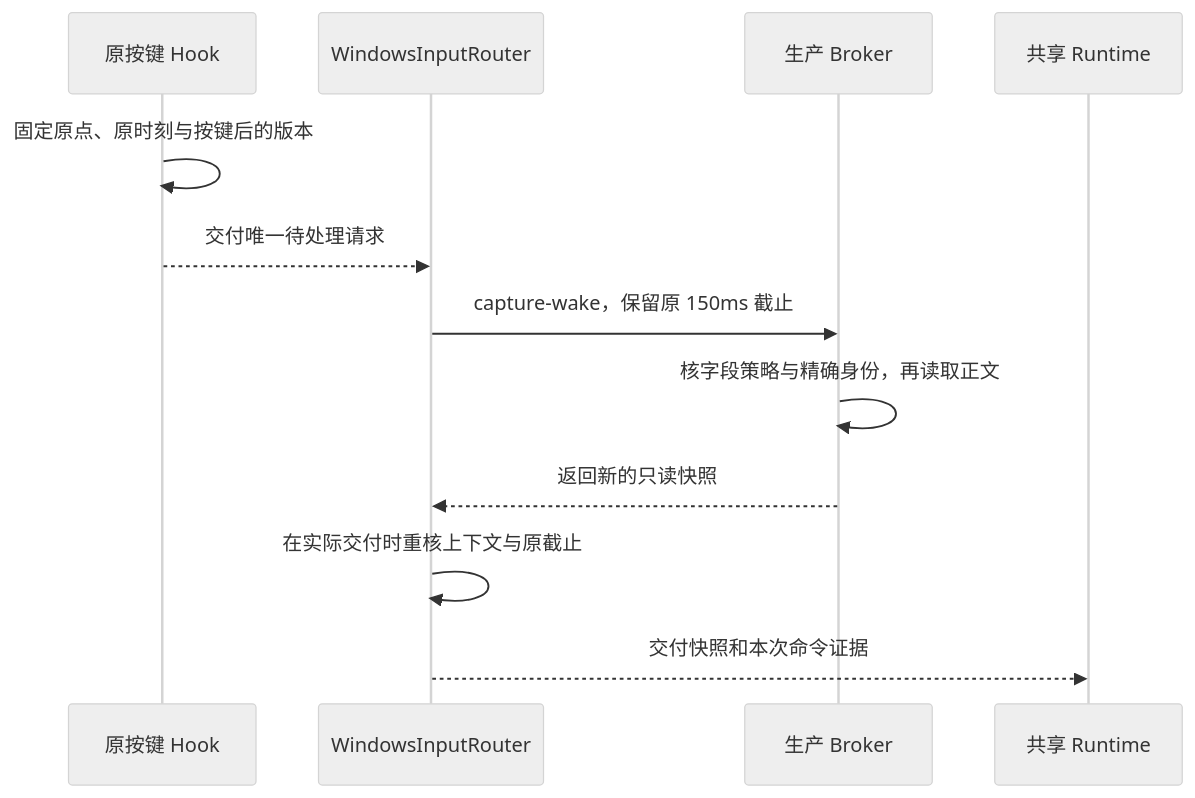
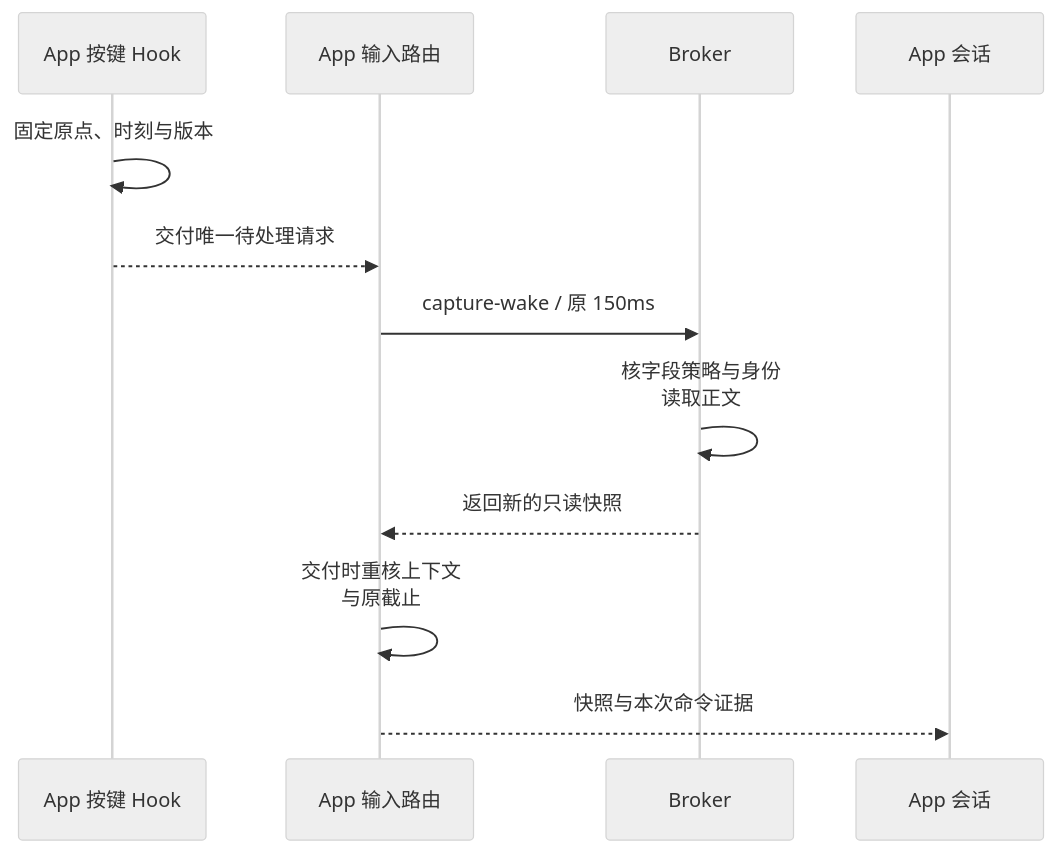
One commit to DingJWuyu/Typelay changed the seventh of 7 diagrams in docs/platforms/windows/architecture.md. Above: the diagram before and after it, drawn with Mermaid (neutral theme). The commit also changed other lines of this file and 12 other files, not shown here.

Commit message:
docs: 补齐系统架构视图与工程阅读层次

````diff
--- a/docs/platforms/windows/architecture.md
+++ b/docs/platforms/windows/architecture.md
@@ -69,14 +212,14 @@
 ```mermaid
 sequenceDiagram
-    participant K as 原按键 Hook
-    participant R as WindowsInputRouter
-    participant B as 生产 Broker
-    participant C as 共享 Runtime
-    K->>K: 固定原点、原时刻与按键后的版本
+    participant K as App 按键 Hook
+    participant R as App 输入路由
+    participant B as Broker
+    participant C as App 会话
+    K->>K: 固定原点、时刻与版本
     K-->>R: 交付唯一待处理请求
-    R->>B: capture-wake，保留原 150ms 截止
-    B->>B: 核字段策略与精确身份，再读取正文
+    R->>B: capture-wake / 原 150ms
+    B->>B: 核字段策略与身份<br/>读取正文
     B-->>R: 返回新的只读快照
-    R->>R: 在实际交付时重核上下文与原截止
-    R-->>C: 交付快照和本次命令证据
+    R->>R: 交付时重核上下文<br/>与原截止
+    R-->>C: 快照与本次命令证据
 ```
````
